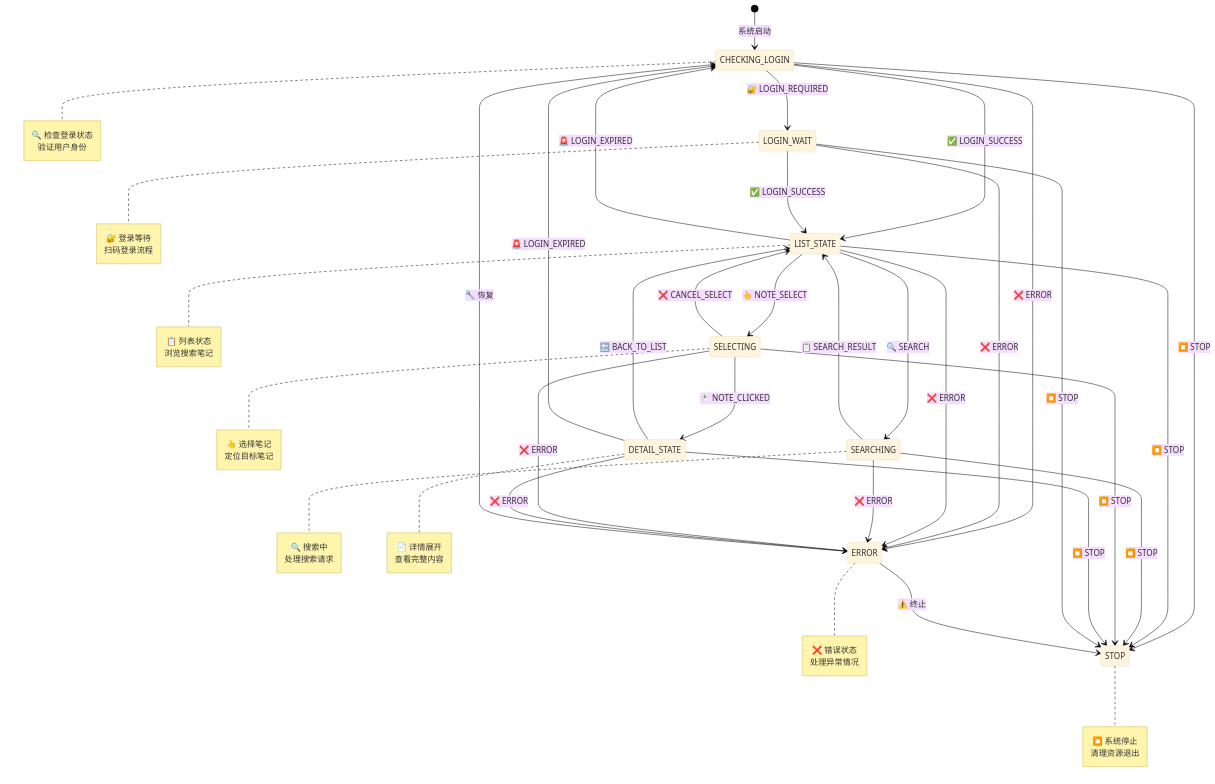
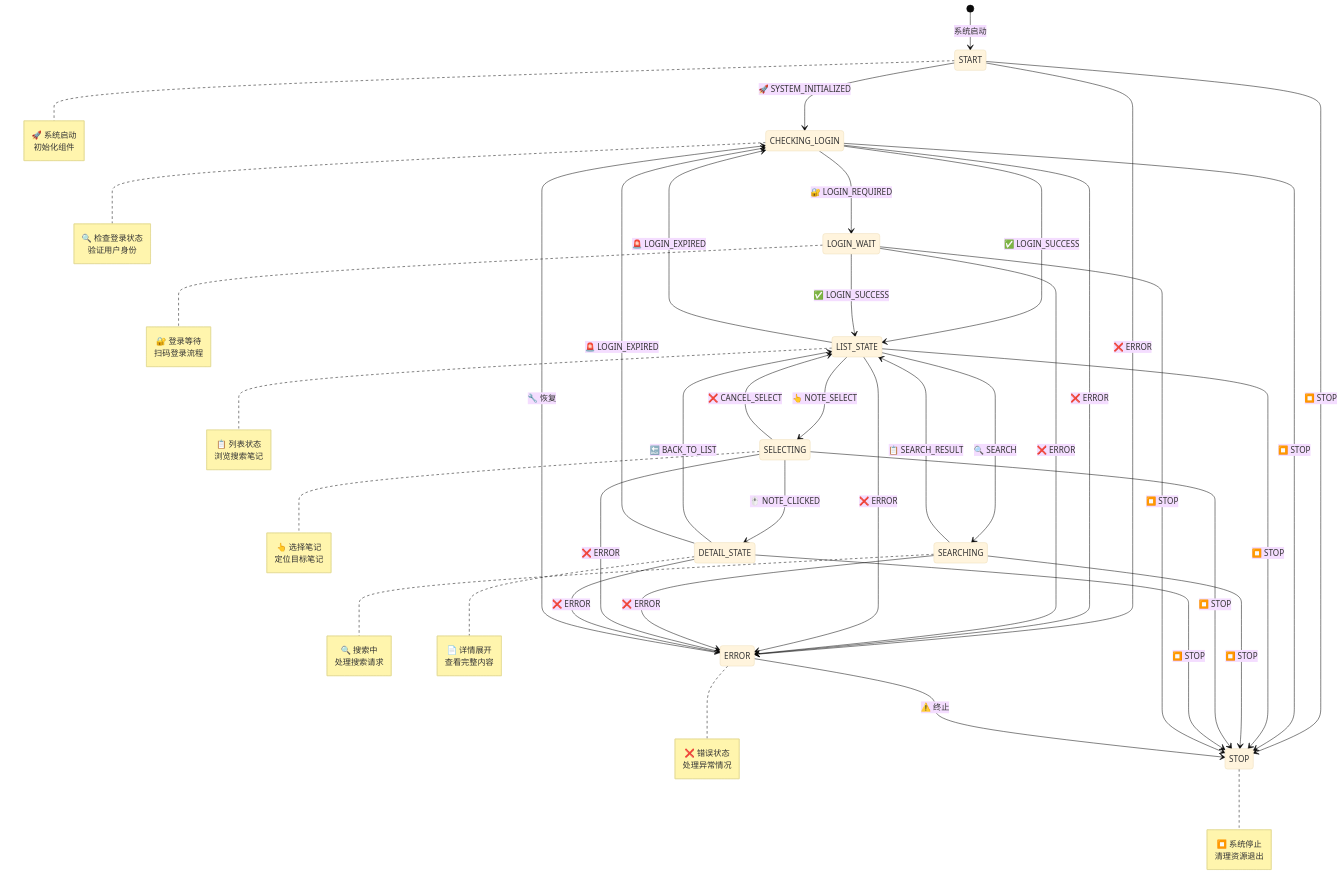
Before and after one commit to MaogeJing/mao-see-see: the first of 2 diagrams in docs/030_event_state_flow.md, drawn with Mermaid (base theme). The commit also changed other lines of this file and 3 other files, not shown here.

````diff
--- a/docs/030_event_state_flow.md
+++ b/docs/030_event_state_flow.md
@@ -15,51 +15,55 @@
 ```mermaid
 stateDiagram-v2
-    [*] --> CHECKING_LOGIN : 系统启动
+    [*] --> START : 系统启动
+    START --> CHECKING_LOGIN : 🚀 SYSTEM_INITIALIZED
 
     %% 登录流程
     CHECKING_LOGIN --> LOGIN_WAIT : 🔐 LOGIN_REQUIRED
     CHECKING_LOGIN --> LIST_STATE : ✅ LOGIN_SUCCESS
     LOGIN_WAIT --> LIST_STATE : ✅ LOGIN_SUCCESS
 
     %% 核心业务循环
     LIST_STATE --> SEARCHING : 🔍 SEARCH
     SEARCHING --> LIST_STATE : 📋 SEARCH_RESULT
 
     LIST_STATE --> SELECTING : 👆 NOTE_SELECT
     SELECTING --> DETAIL_STATE : 🖱️ NOTE_CLICKED
     SELECTING --> LIST_STATE : ❌ CANCEL_SELECT
 
     DETAIL_STATE --> LIST_STATE : 🔙 BACK_TO_LIST
 
     %% 异常处理
     LIST_STATE --> CHECKING_LOGIN : 🚨 LOGIN_EXPIRED
     DETAIL_STATE --> CHECKING_LOGIN : 🚨 LOGIN_EXPIRED
 
     %% 终止流程
+    START --> STOP : ⏹️ STOP
     CHECKING_LOGIN --> STOP : ⏹️ STOP
     LIST_STATE --> STOP : ⏹️ STOP
     SEARCHING --> STOP : ⏹️ STOP
     SELECTING --> STOP : ⏹️ STOP
     DETAIL_STATE --> STOP : ⏹️ STOP
     LOGIN_WAIT --> STOP : ⏹️ STOP
 
     %% 错误处理
+    START --> ERROR : ❌ ERROR
     CHECKING_LOGIN --> ERROR : ❌ ERROR
     LOGIN_WAIT --> ERROR : ❌ ERROR
     LIST_STATE --> ERROR : ❌ ERROR
     SEARCHING --> ERROR : ❌ ERROR
     SELECTING --> ERROR : ❌ ERROR
     DETAIL_STATE --> ERROR : ❌ ERROR
 
     ERROR --> CHECKING_LOGIN : 🔧 恢复
     ERROR --> STOP : ⚠️ 终止
 
+    note right of START : 🚀 系统启动<br/>初始化组件
     note right of CHECKING_LOGIN : 🔍 检查登录状态<br/>验证用户身份
     note right of LOGIN_WAIT : 🔐 登录等待<br/>扫码登录流程
     note right of LIST_STATE : 📋 列表状态<br/>浏览搜索笔记
     note right of SEARCHING : 🔍 搜索中<br/>处理搜索请求
     note right of SELECTING : 👆 选择笔记<br/>定位目标笔记
     note right of DETAIL_STATE : 📄 详情展开<br/>查看完整内容
     note right of ERROR : ❌ 错误状态<br/>处理异常情况
     note right of STOP : ⏹️ 系统停止<br/>清理资源退出
 ```
````
